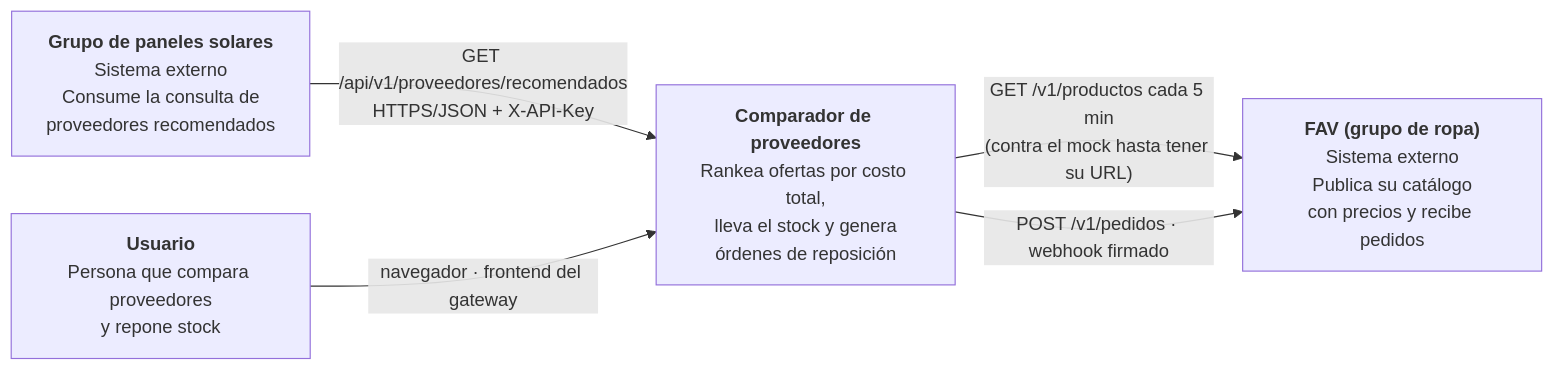
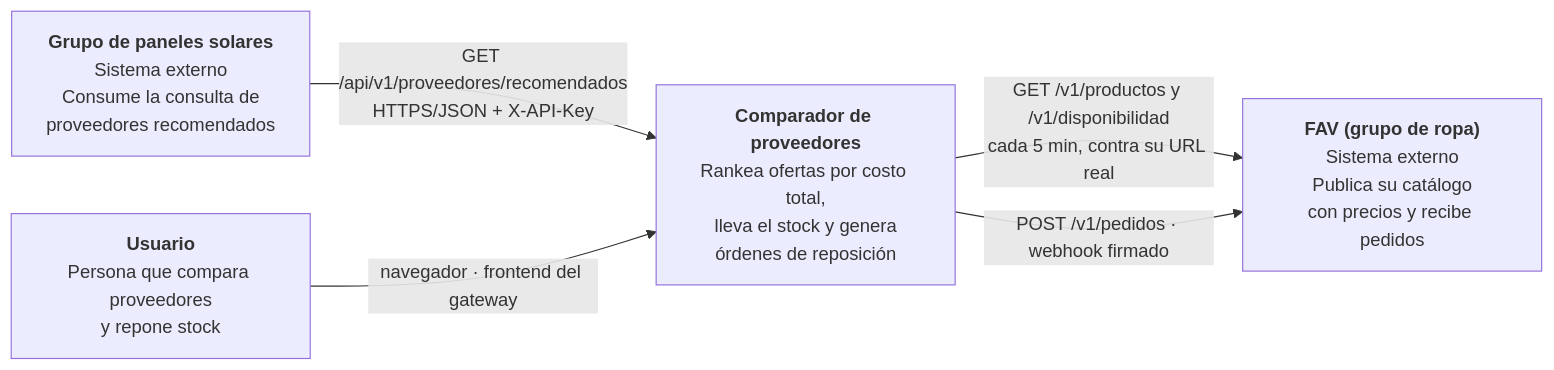
The first of 3 diagrams in docs/ARCHITECTURE.md (matiasdemetriorufeil/arq-soft-proveedores), drawn with Mermaid before and after one commit. The commit also changed other lines of this file and 2 other files, not shown here.

First line of the commit message:
docs: el catalogo sale del FAV real, no del mock (#12)

````diff
--- a/docs/ARCHITECTURE.md
+++ b/docs/ARCHITECTURE.md
@@ -39,14 +39,14 @@
 ```mermaid
 flowchart LR
     paneles["<b>Grupo de paneles solares</b><br/>Sistema externo<br/>Consume la consulta de<br/>proveedores recomendados"]
     usuario["<b>Usuario</b><br/>Persona que compara proveedores<br/>y repone stock"]
     ropa["<b>FAV (grupo de ropa)</b><br/>Sistema externo<br/>Publica su catálogo<br/>con precios y recibe pedidos"]
 
     sistema["<b>Comparador de proveedores</b><br/>Rankea ofertas por costo total,<br/>lleva el stock y genera<br/>órdenes de reposición"]
 
     paneles -- "GET /api/v1/proveedores/recomendados<br/>HTTPS/JSON + X-API-Key" --> sistema
     usuario -- "navegador · frontend del gateway" --> sistema
-    sistema -- "GET /v1/productos cada 5 min<br/>(contra el mock hasta tener su URL)" --> ropa
+    sistema -- "GET /v1/productos y /v1/disponibilidad<br/>cada 5 min, contra su URL real" --> ropa
     sistema -- "POST /v1/pedidos · webhook firmado" --> ropa
 
 ```
````
